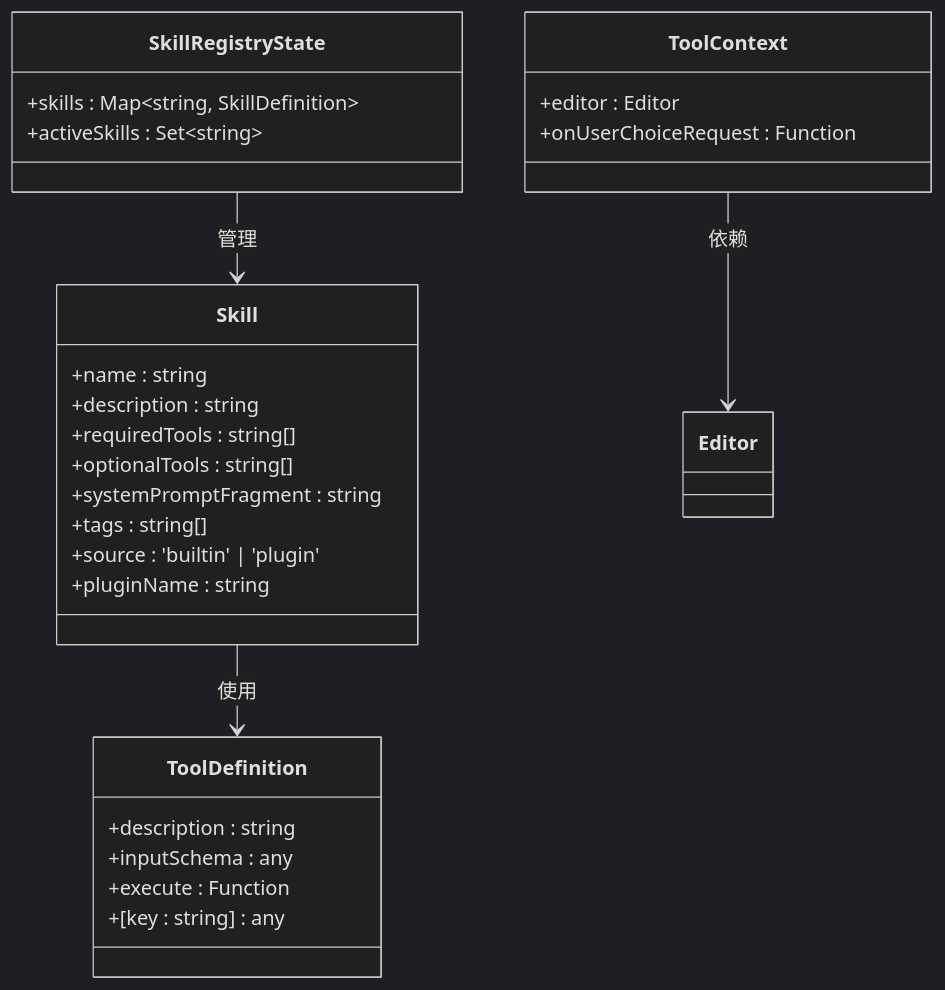
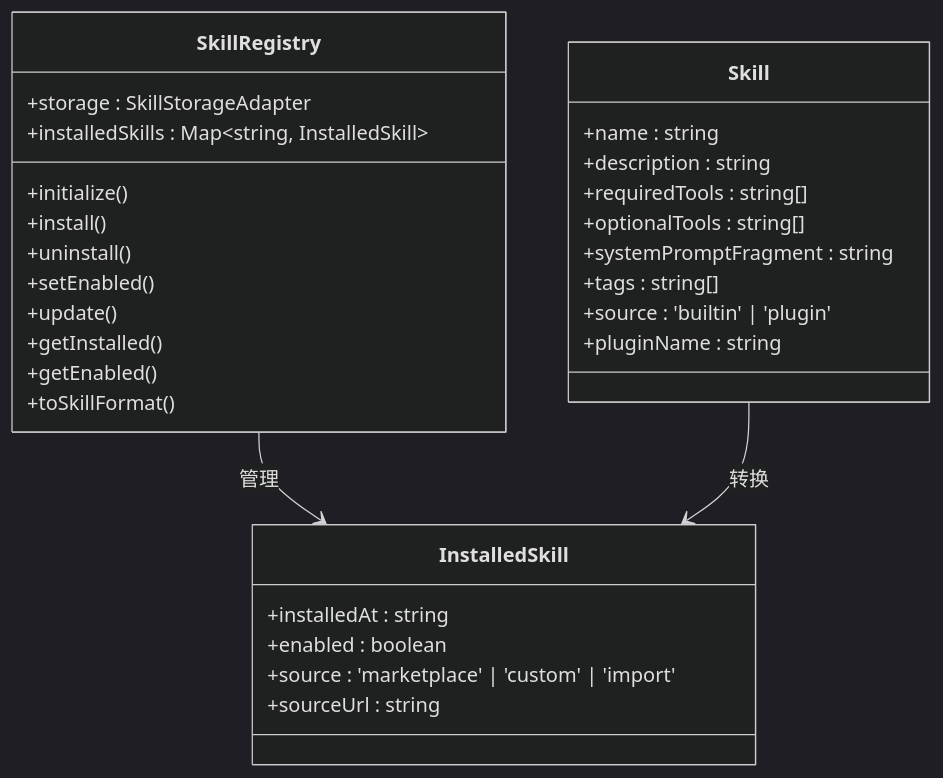
The third of 11 diagrams in .qoder/repowiki/zh/content/功能模块/AI技能市场系统.md (LRF0422/Kotion), drawn with Mermaid (dark theme) before and after one commit. The commit also changed other lines of this file and 22 other files, not shown here.

````diff
--- a/.qoder/repowiki/zh/content/功能模块/AI技能市场系统.md
+++ b/.qoder/repowiki/zh/content/功能模块/AI技能市场系统.md
@@ -167,30 +161,33 @@
 ```mermaid
 classDiagram
 class Skill {
 +name : string
 +description : string
 +requiredTools : string[]
 +optionalTools : string[]
 +systemPromptFragment : string
 +tags : string[]
 +source : 'builtin' | 'plugin'
 +pluginName : string
 }
-class ToolDefinition {
-+description : string
-+inputSchema : any
-+execute : Function
-+[key : string] : any
+class InstalledSkill {
++installedAt : string
++enabled : boolean
++source : 'marketplace' | 'custom' | 'import'
++sourceUrl : string
 }
-class ToolContext {
-+editor : Editor
-+onUserChoiceRequest : Function
+class SkillRegistry {
++storage : SkillStorageAdapter
++installedSkills : Map~string, InstalledSkill~
++initialize()
++install()
++uninstall()
++setEnabled()
++update()
++getInstalled()
++getEnabled()
++toSkillFormat()
 }
-class SkillRegistryState {
-+skills : Map~string, SkillDefinition~
-+activeSkills : Set~string~
-}
-Skill --> ToolDefinition : 使用
-ToolContext --> Editor : 依赖
-SkillRegistryState --> Skill : 管理
+SkillRegistry --> InstalledSkill : 管理
+Skill --> InstalledSkill : 转换
 ```
````
